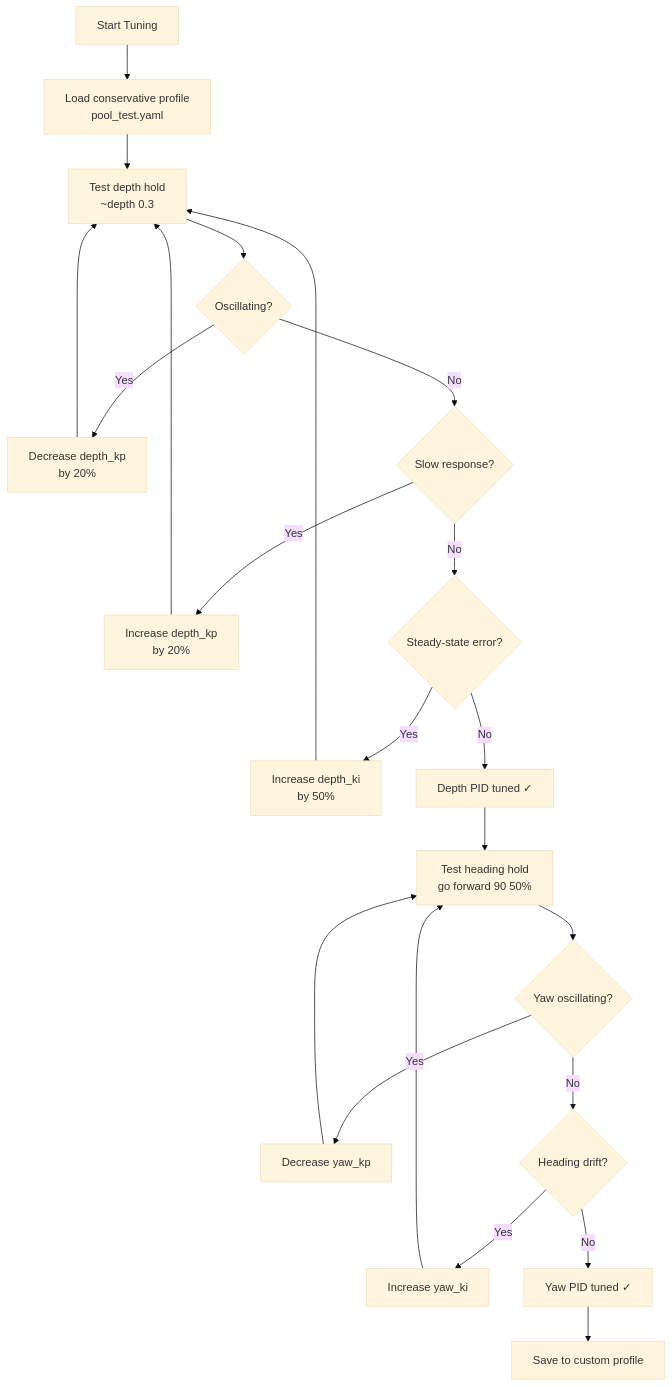
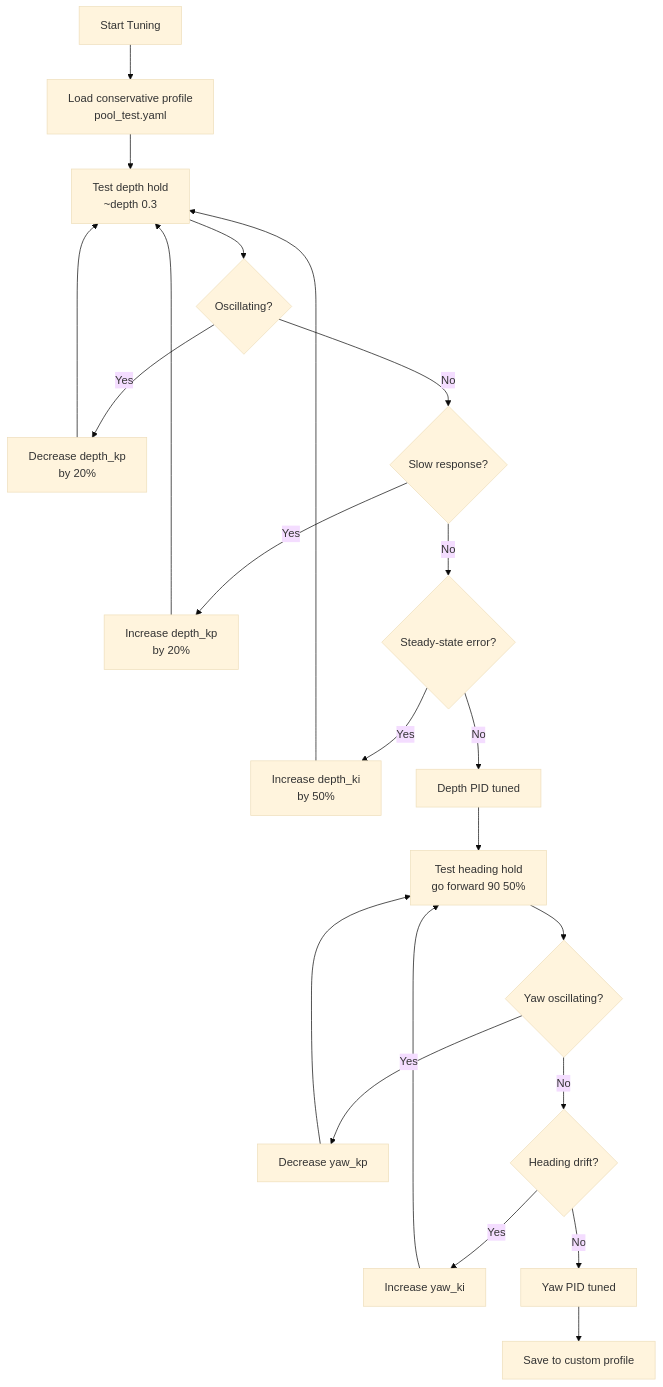
Before and after one commit to fh1m/duburi-codebase: diagram 22 of 22 in README.md, drawn with Mermaid (base theme). The commit also changed other lines of this file and 14 other files, not shown here.

First line of the commit message:
style: Remove emojis, convert PWM diagram to mermaid

````diff
--- a/README.md
+++ b/README.md
@@ -1294,36 +1299,36 @@
 ```mermaid
 flowchart TD
     START[Start Tuning] --> BASELINE[Load conservative profile<br/>pool_test.yaml]
     BASELINE --> TEST1[Test depth hold<br/>~depth 0.3]
     
     TEST1 --> Q1{Oscillating?}
     Q1 -->|Yes| DEC_KP[Decrease depth_kp<br/>by 20%]
     Q1 -->|No| Q2{Slow response?}
     
     DEC_KP --> TEST1
     
     Q2 -->|Yes| INC_KP[Increase depth_kp<br/>by 20%]
     Q2 -->|No| Q3{Steady-state error?}
     
     INC_KP --> TEST1
     
     Q3 -->|Yes| INC_KI[Increase depth_ki<br/>by 50%]
-    Q3 -->|No| DEPTH_DONE[Depth PID tuned ✓]
+    Q3 -->|No| DEPTH_DONE[Depth PID tuned]
     
     INC_KI --> TEST1
     
     DEPTH_DONE --> TEST2[Test heading hold<br/>go forward 90 50%]
     TEST2 --> Q4{Yaw oscillating?}
     
     Q4 -->|Yes| DEC_YKP[Decrease yaw_kp]
     Q4 -->|No| Q5{Heading drift?}
     
     DEC_YKP --> TEST2
     
     Q5 -->|Yes| INC_YKI[Increase yaw_ki]
-    Q5 -->|No| YAW_DONE[Yaw PID tuned ✓]
+    Q5 -->|No| YAW_DONE[Yaw PID tuned]
     
     INC_YKI --> TEST2
     
     YAW_DONE --> SAVE[Save to custom profile]
 ```
````
